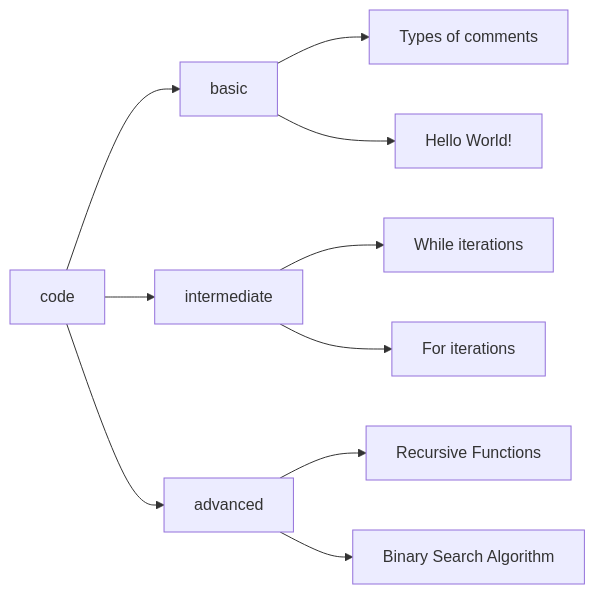
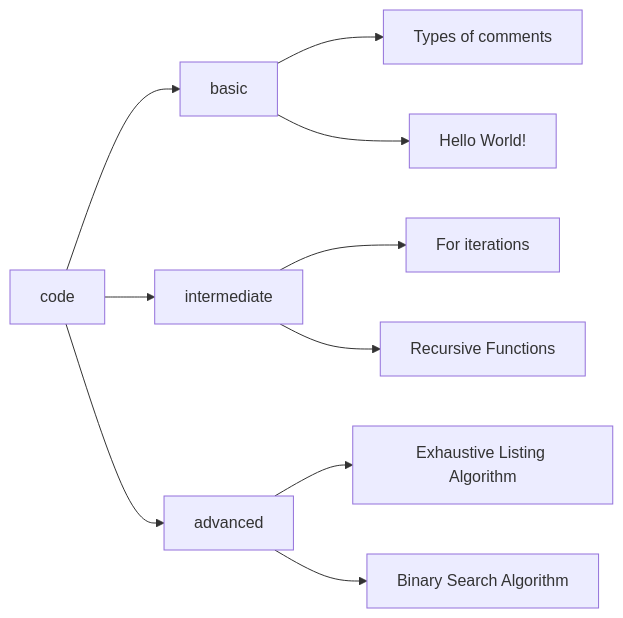
Before and after one commit to seyerjo/learn-python-by-examples: the diagram in README.md, drawn with Mermaid. The commit also changed 2 other files, not shown here.

Commit message:
Update README.md and fix the input validation in the exhaustive listing algorithm example and complete the factorial function in the recursive functions example.

````diff
--- a/README.md
+++ b/README.md
@@ -14,12 +14,12 @@
 ```mermaid
 graph LR
     A[code] --> B[basic];
     A --> C[intermediate];
     A --> D[advanced];
     B --> E[Types of comments];
     B --> F[Hello World!];
-    C --> G[While iterations];
-    C --> H[For iterations];
-    D --> I[Recursive Functions];
+    C --> G[For iterations];
+    C --> H[Recursive Functions];
+    D --> I[Exhaustive Listing Algorithm];
     D --> J[Binary Search Algorithm];
 ```
````
